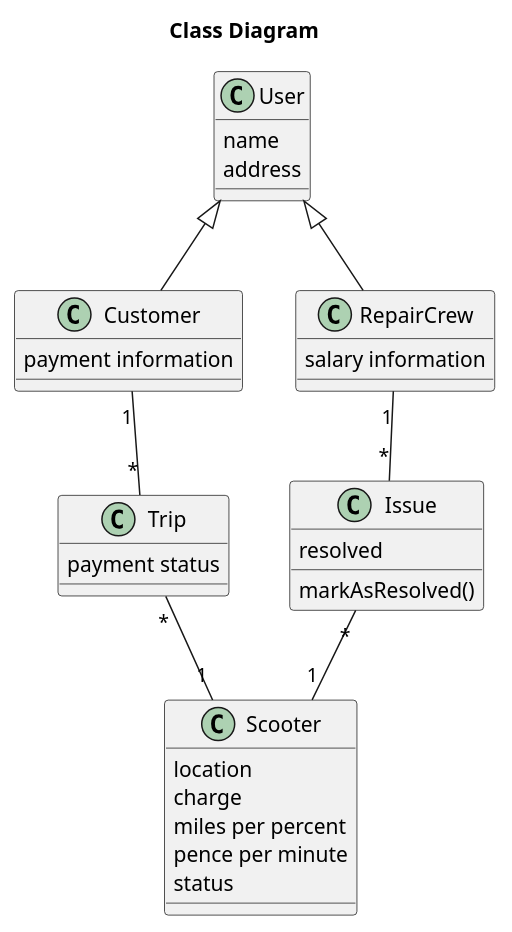
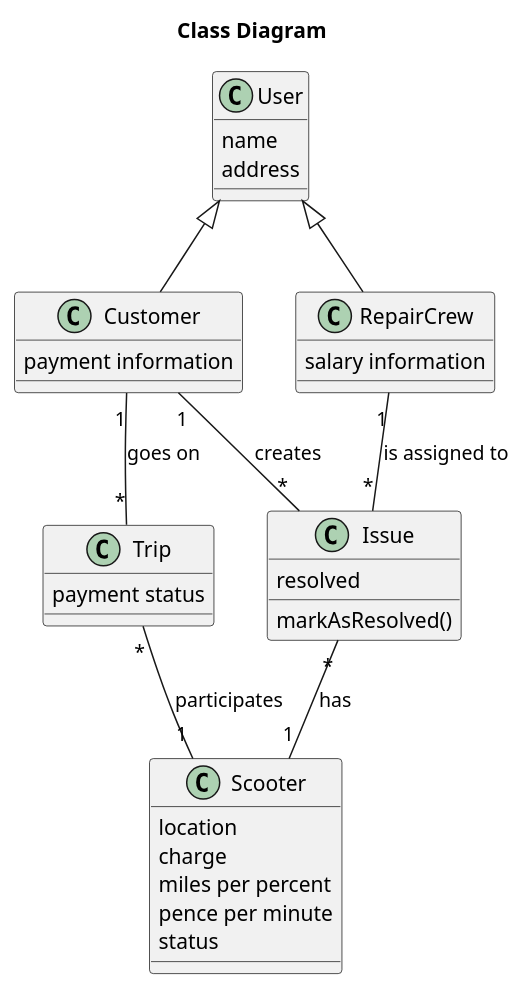
The diagram in Week 1/Day 3/ScooterHire/docs/diagrams/src/classes.pu (LForchini/Apprenticeship-Bootcamp), drawn with PlantUML before and after one commit. The commit also changed 1 other file, not shown here.

Commit message:
Added test for ending the trip with an issue

```diff
--- a/Week 1/Day 3/ScooterHire/docs/diagrams/src/classes.pu
+++ b/Week 1/Day 3/ScooterHire/docs/diagrams/src/classes.pu
@@ -1,42 +1,43 @@
 @startuml
 
 title "Class Diagram"
 
 class Customer {
   payment information
 }
 
 class RepairCrew {
   salary information
 }
 
 class User {
   name
   address
 }
 
 class Scooter {
   location
   charge
   miles per percent
   pence per minute
   status
 }
 
 class Trip {
   payment status
 }
 
 class Issue {
   resolved
   markAsResolved()
 }
 
-Customer "1" -- "*" Trip
-Trip "*" -- "1" Scooter
-Issue "*" -- "1" Scooter
-RepairCrew "1" -- "*" Issue
+Customer "1" -- "*" Trip : goes on
+Customer "1" -- "*" Issue : creates
+Trip "*" -- "1" Scooter : participates
+Issue "*" -- "1" Scooter : has
+RepairCrew "1" -- "*" Issue : is assigned to
 User <|-- Customer
 User <|-- RepairCrew
 
 @enduml
```
